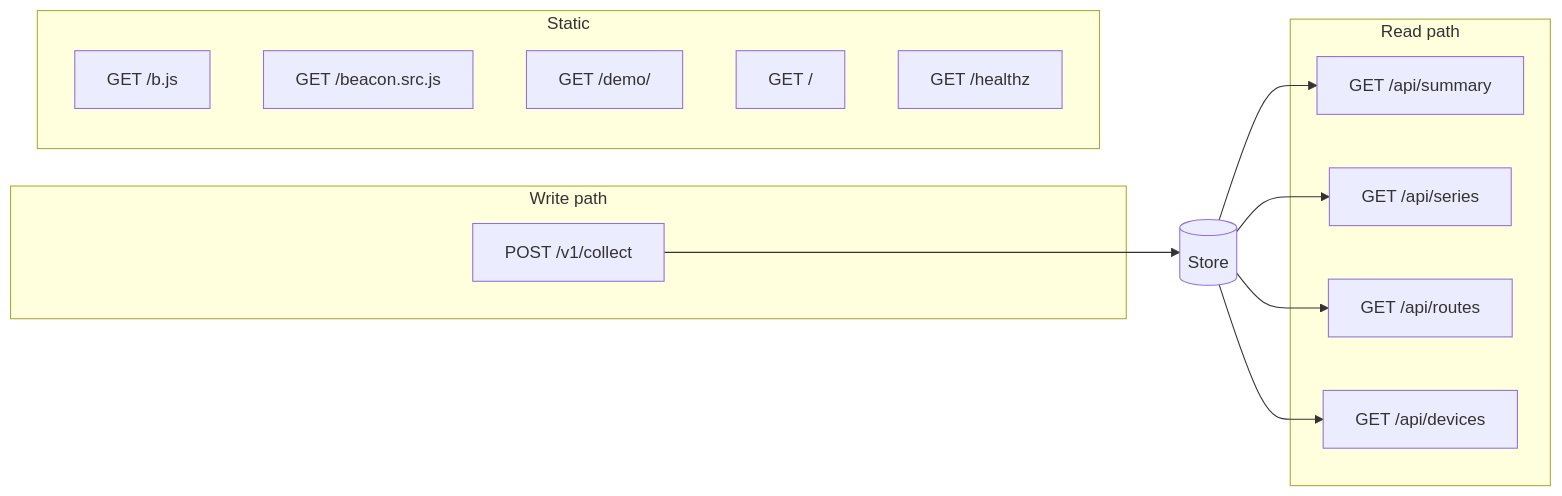
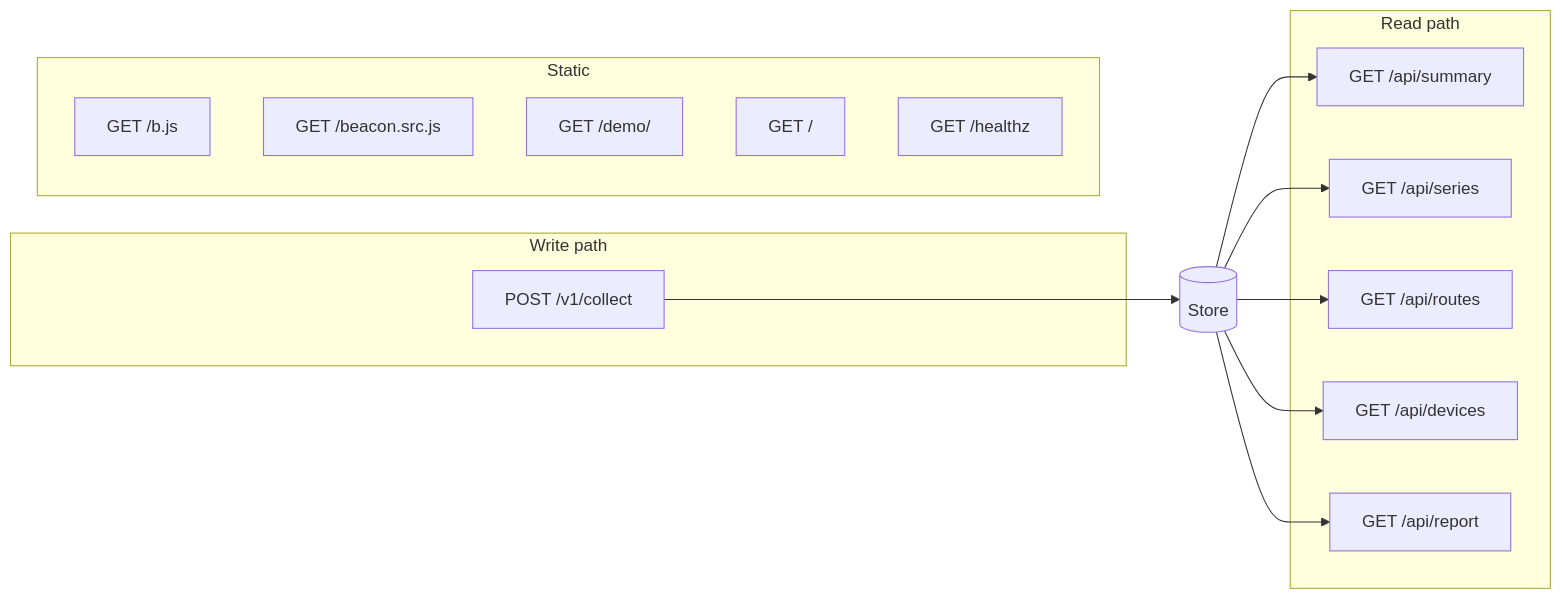
The diagram in docs/api.md (ikeshavvarshney/vitals), drawn with Mermaid before and after one commit. The commit also changed other lines of this file and 3 other files, not shown here.

````diff
--- a/docs/api.md
+++ b/docs/api.md
@@ -24,25 +25,27 @@
 ```mermaid
 flowchart LR
     subgraph write["Write path"]
         collect["POST /v1/collect"]
     end
     subgraph read["Read path"]
         summary["GET /api/summary"]
         series["GET /api/series"]
         routes["GET /api/routes"]
         devices["GET /api/devices"]
+        report["GET /api/report"]
     end
     subgraph assets["Static"]
         bjs["GET /b.js"]
         src["GET /beacon.src.js"]
         demo["GET /demo/"]
         root["GET /"]
         health["GET /healthz"]
     end
 
     collect --> store[("Store")]
     store --> summary
     store --> series
     store --> routes
     store --> devices
+    store --> report
 ```
````
